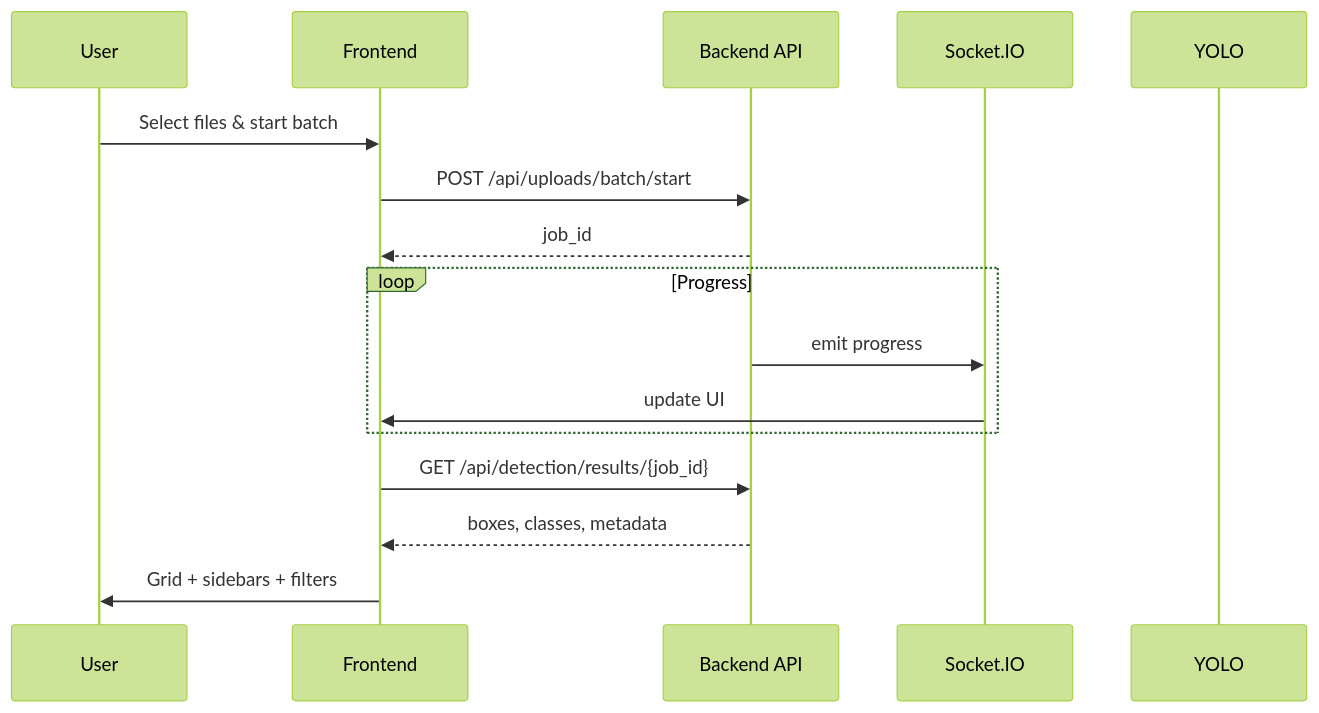
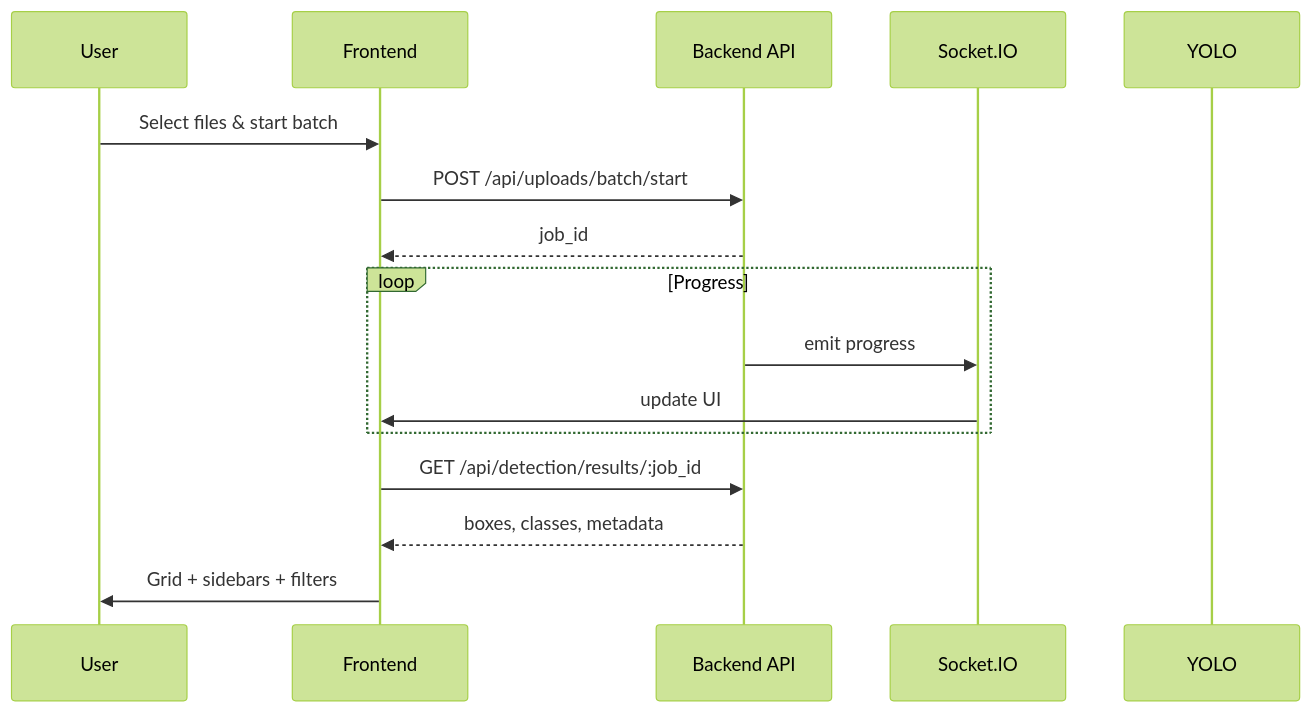
The third of 10 diagrams in README.md (Ahmad-Abudllah-Ahmad/power-lines-system), drawn with Mermaid (forest theme) before and after one commit. The commit also changed other lines of this file, not shown here.

Commit message:
docs(readme): fix Mermaid parse errors by avoiding braces in path labels

````diff
--- a/README.md
+++ b/README.md
@@ -112,18 +112,18 @@
 ```mermaid
 sequenceDiagram
   participant U as User
   participant F as Frontend
   participant B as Backend API
   participant S as Socket.IO
   participant Y as YOLO
   U->>F: Select files & start batch
   F->>B: POST /api/uploads/batch/start
   B-->>F: job_id
   loop Progress
     B->>S: emit progress
     S->>F: update UI
   end
-  F->>B: GET /api/detection/results/{job_id}
+  F->>B: GET /api/detection/results/:job_id
   B-->>F: boxes, classes, metadata
   F->>U: Grid + sidebars + filters
 ```
````
